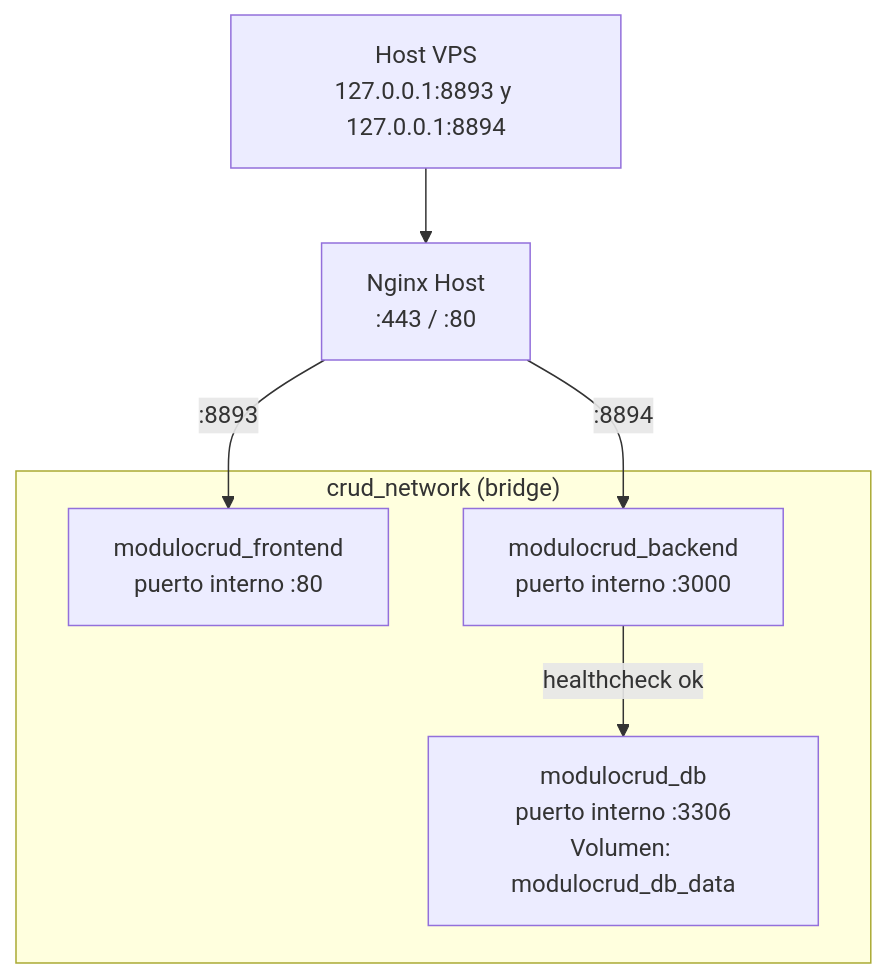
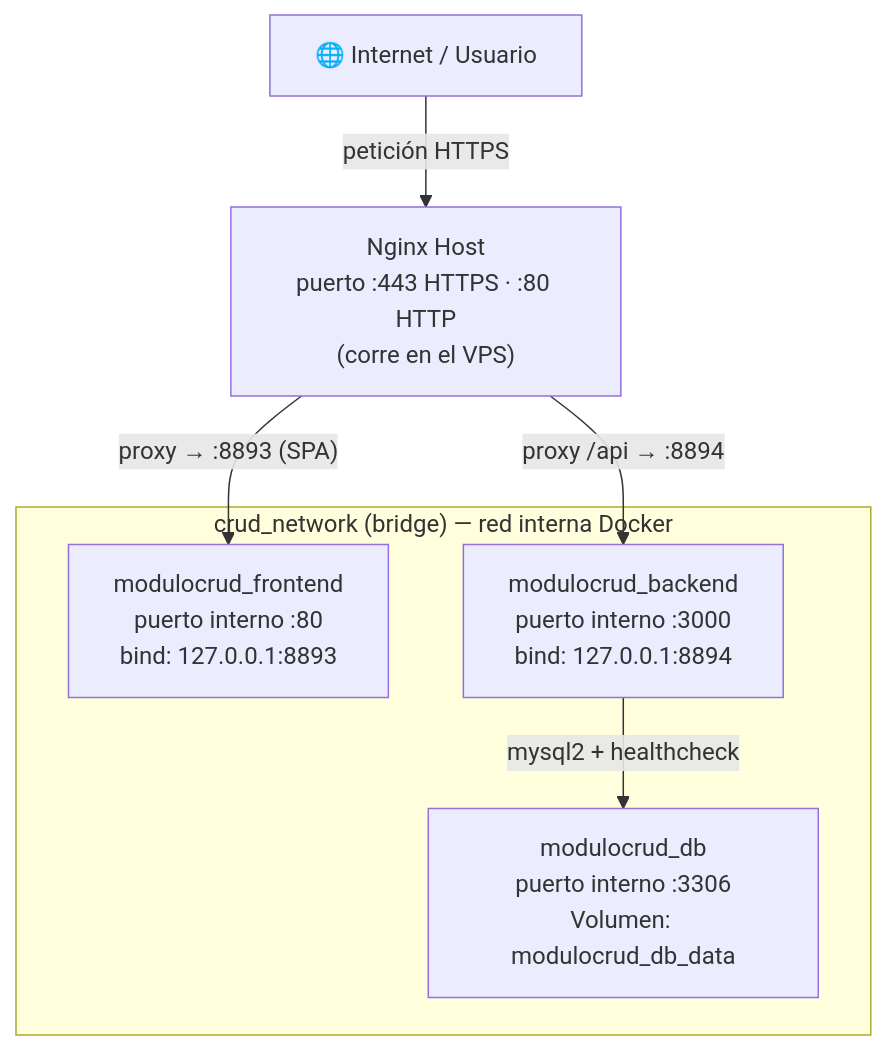
The fourth of 4 diagrams in docs/ARQUITECTURA.md (Santiago072/ModuloCRUD), drawn with Mermaid before and after one commit. The commit also changed other lines of this file, not shown here.

Commit message:
docs: corregir diagramas Mermaid en ARQUITECTURA.md
Flujo Offline-First (sequenceDiagram):
- Separar el diagrama en dos fases con notas: offline y reconexion
- Agregar flujo completo del Service Worker: evento online -> consulta
  IDB -> lote pendientes -> POST sync -> actualiza IDB -> notifica PWA
- El diagrama anterior mostraba al SW apareciendo de la nada sin
  contexto de como detectaba la conexion

Contenedores Docker (graph TD):
- Reemplazar nodo HOST por INTERNET para mostrar el origen real
  del trafico (el usuario/internet), no el servidor fisico
- La flecha HOST-->NGINX_H era incorrecta: daba a entender que el host
  envia peticiones a Nginx; en realidad Nginx las recibe desde internet
- Agregar bind ports en los contenedores (127.0.0.1:8893/8894)
- Etiquetas de proxy mas descriptivas: proxy /api y proxy SPA

````diff
--- a/docs/ARQUITECTURA.md
+++ b/docs/ARQUITECTURA.md
@@ -99,17 +105,17 @@
 ```mermaid
 graph TD
-    HOST["Host VPS\n127.0.0.1:8893 y 127.0.0.1:8894"]
-    NGINX_H["Nginx Host\n:443 / :80"]
+    INTERNET["🌐 Internet / Usuario"]
+    NGINX_H["Nginx Host\npuerto :443 HTTPS · :80 HTTP\n(corre en el VPS)"]
 
-    HOST --> NGINX_H
+    INTERNET -- "petición HTTPS" --> NGINX_H
 
-    subgraph NET["crud_network (bridge)"]
-        F["modulocrud_frontend\npuerto interno :80"]
-        B["modulocrud_backend\npuerto interno :3000"]
+    subgraph NET["crud_network (bridge) — red interna Docker"]
+        F["modulocrud_frontend\npuerto interno :80\nbind: 127.0.0.1:8893"]
+        B["modulocrud_backend\npuerto interno :3000\nbind: 127.0.0.1:8894"]
         D["modulocrud_db\npuerto interno :3306\nVolumen: modulocrud_db_data"]
     end
 
-    NGINX_H -- ":8893" --> F
-    NGINX_H -- ":8894" --> B
-    B -- "healthcheck ok" --> D
+    NGINX_H -- "proxy → :8893 (SPA)" --> F
+    NGINX_H -- "proxy /api → :8894" --> B
+    B -- "mysql2 + healthcheck" --> D
 ```
````
